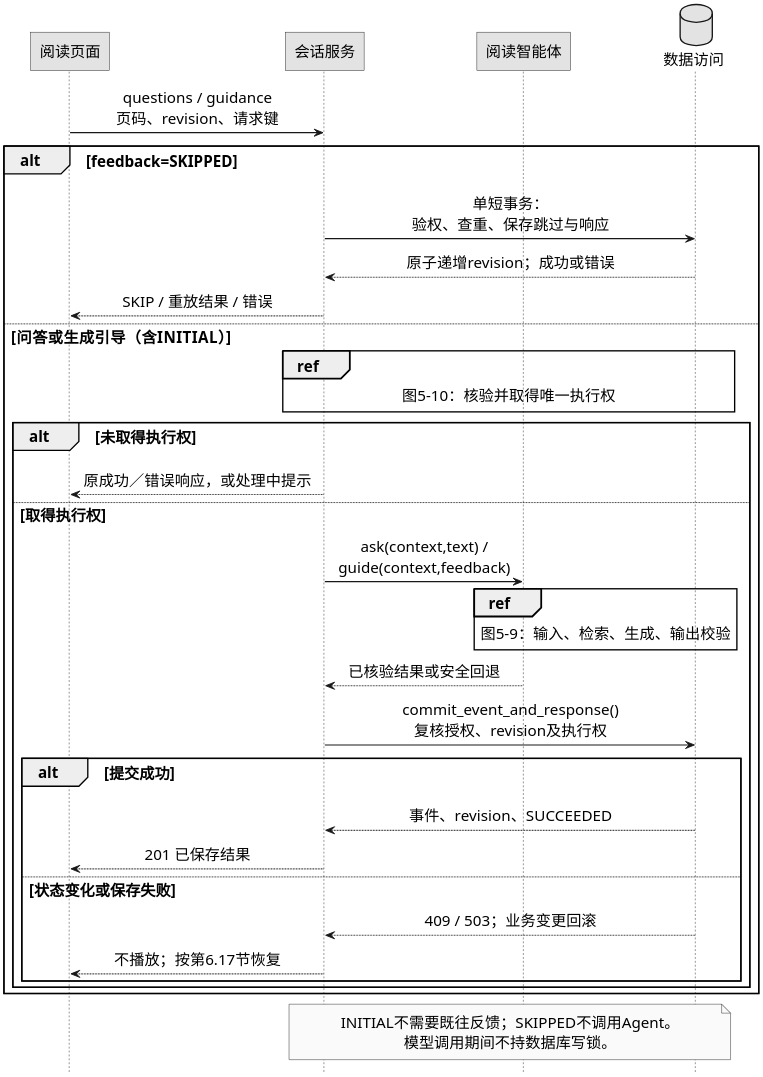
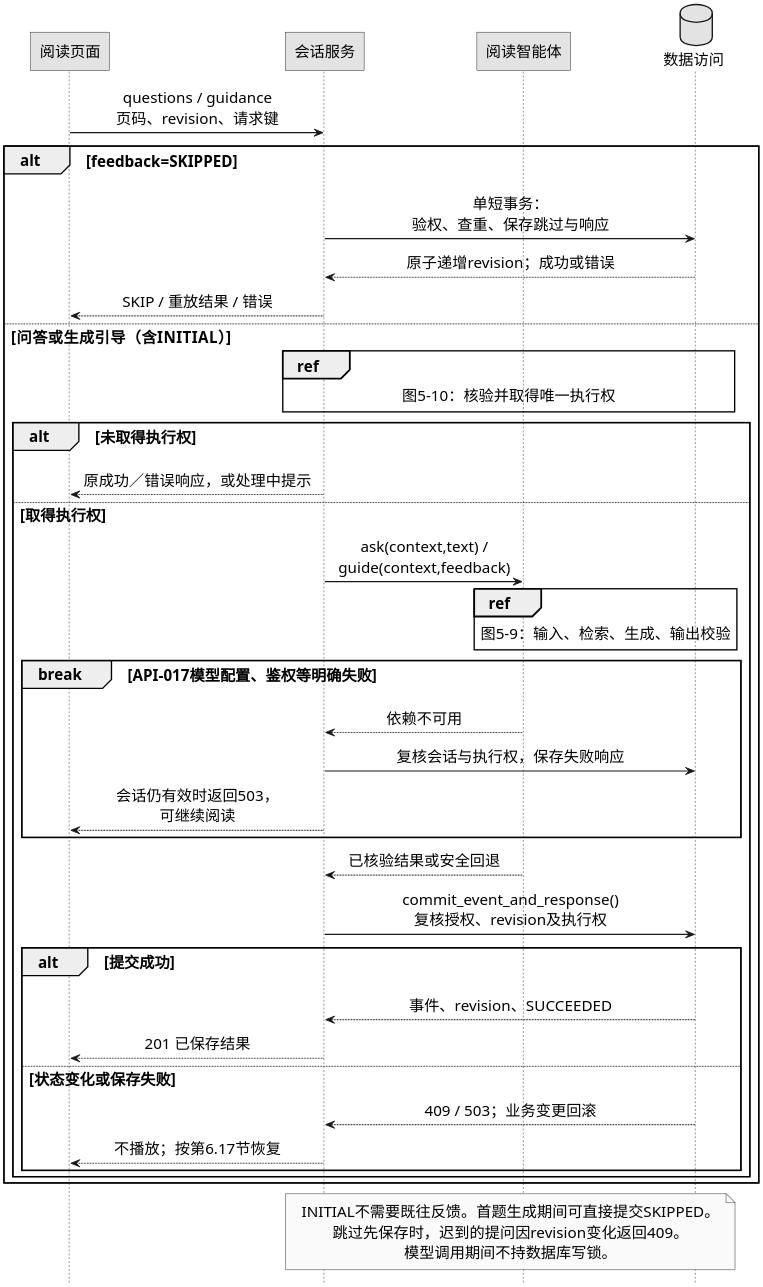
Before and after one commit to 209691048/202610-zhiya: the diagram in docs/design/diagrams/system/fig-5-05-agent-sequence.puml, drawn with PlantUML. The commit also changed 25 other files, not shown here.

```diff
--- a/docs/design/diagrams/system/fig-5-05-agent-sequence.puml
+++ b/docs/design/diagrams/system/fig-5-05-agent-sequence.puml
@@ -1,60 +1,66 @@
 @startuml
 ' ZHIYA v1.1 | 2026-11-04 | local PlantUML / Graphviz
 skinparam backgroundColor white
 skinparam defaultFontName Microsoft YaHei
 skinparam defaultFontSize 17
 skinparam shadowing false
 skinparam roundcorner 0
 skinparam dpi 220
 skinparam ArrowThickness 1.3
 skinparam monochrome true
 skinparam padding 3
 skinparam defaultTextAlignment center
 hide empty members
 <style>
 activityDiagram {
  activity {
   Padding 2
  }
 }
 </style>
 hide footbox
 skinparam maxMessageSize 260
 skinparam BoxPadding 8
 participant "阅读页面" as UI
 participant "会话服务" as S
 participant "阅读智能体" as A
 database "数据访问" as R
 UI -> S : questions / guidance\n页码、revision、请求键
 alt feedback=SKIPPED
  S -> R : 单短事务：验权、查重、保存跳过与响应
  R --> S : 原子递增revision；成功或错误
  S --> UI : SKIP / 重放结果 / 错误
 else 问答或生成引导（含INITIAL）
  ref over S,R
   图5-10：核验并取得唯一执行权
  end ref
  alt 未取得执行权
   S --> UI : 原成功／错误响应，或处理中提示
  else 取得执行权
   S -> A : ask(context,text) / guide(context,feedback)
   ref over A
    图5-9：输入、检索、生成、输出校验
   end ref
+  break API-017模型配置、鉴权等明确失败
+   A --> S : 依赖不可用
+   S -> R : 复核会话与执行权，保存失败响应
+   S --> UI : 会话仍有效时返回503，可继续阅读
+  end
   A --> S : 已核验结果或安全回退
   S -> R : commit_event_and_response()\n复核授权、revision及执行权
   alt 提交成功
    R --> S : 事件、revision、SUCCEEDED
    S --> UI : 201 已保存结果
   else 状态变化或保存失败
    R --> S : 409 / 503；业务变更回滚
    S --> UI : 不播放；按第6.17节恢复
   end
  end
 end
 note over S,R
-INITIAL不需要既往反馈；SKIPPED不调用Agent。
+INITIAL不需要既往反馈。首题生成期间可直接提交SKIPPED。
+跳过先保存时，迟到的提问因revision变化返回409。
 模型调用期间不持数据库写锁。
 end note
 
 @enduml
```
